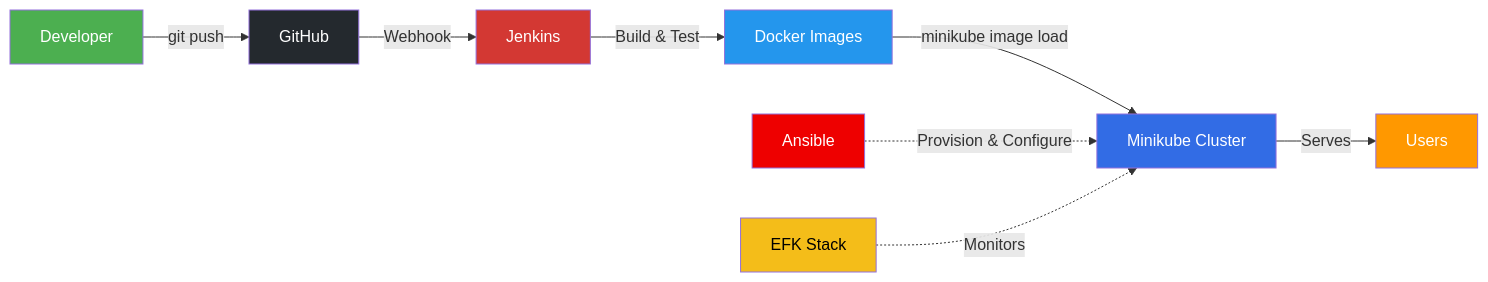
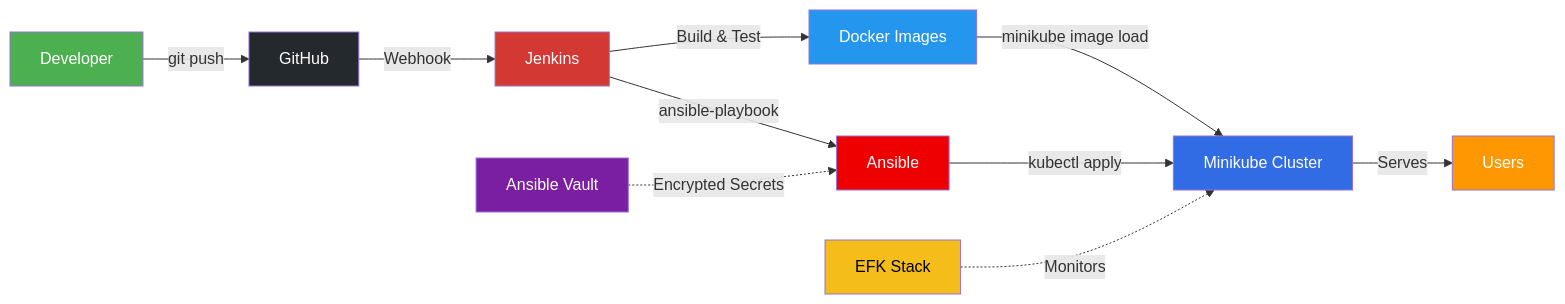
One commit to kp-0705/StudyOS_microservices changed the first of 5 diagrams in pipeline_explanation.md. Above: the diagram before and after it, drawn with Mermaid. The commit also changed other lines of this file, not shown here.

Commit message:
Update pipeline doc: Ansible-driven K8s deploys, Vault, unit tests, roles

````diff
--- a/pipeline_explanation.md
+++ b/pipeline_explanation.md
@@ -23,20 +23,23 @@
 ```mermaid
 graph LR
     A["Developer"] -->|git push| B["GitHub"]
     B -->|Webhook| C["Jenkins"]
     C -->|Build & Test| D["Docker Images"]
     D -->|minikube image load| E["Minikube Cluster"]
+    C -->|ansible-playbook| G["Ansible"]
+    G -->|kubectl apply| E
     E -->|Serves| F["Users"]
     
-    G["Ansible"] -.->|Provision & Configure| E
+    V["Ansible Vault"] -.->|Encrypted Secrets| G
     H["EFK Stack"] -.->|Monitors| E
 
     style A fill:#4CAF50,color:#fff
     style B fill:#24292e,color:#fff
     style C fill:#D33833,color:#fff
     style D fill:#2496ED,color:#fff
     style E fill:#326CE5,color:#fff
     style F fill:#FF9800,color:#fff
     style G fill:#EE0000,color:#fff
     style H fill:#F4BD19,color:#000
+    style V fill:#7B1FA2,color:#fff
 ```
````
